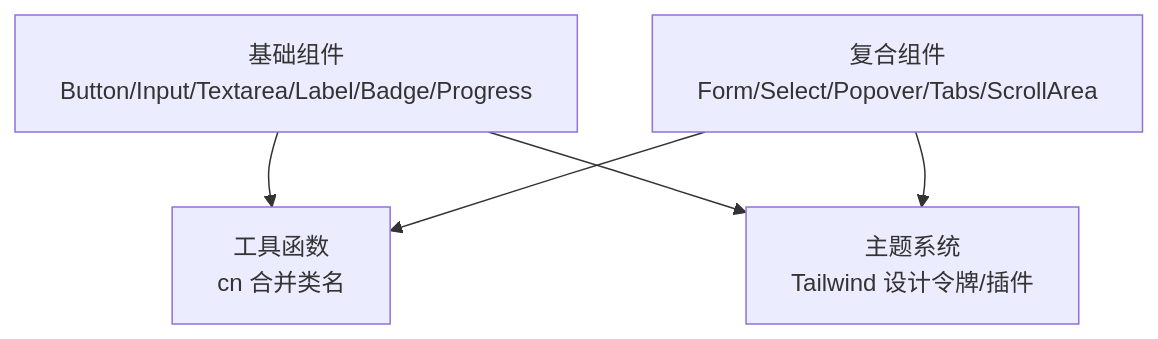
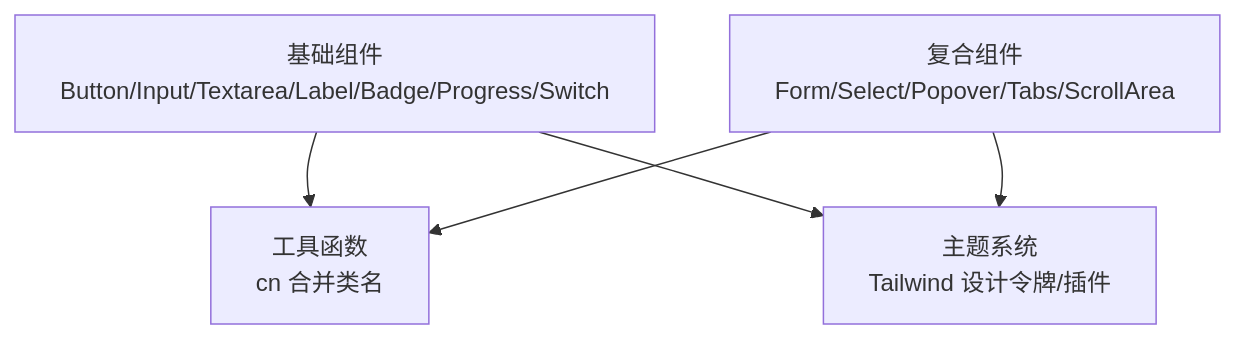
The second of 10 diagrams in .qoder/repowiki/zh/content/UI组件系统/UI组件系统.md (RadiumAg/bilibili-favorites), drawn with Mermaid before and after one commit. The commit also changed other lines of this file and 10 other files, not shown here.

````diff
--- a/.qoder/repowiki/zh/content/UI组件系统/UI组件系统.md
+++ b/.qoder/repowiki/zh/content/UI组件系统/UI组件系统.md
@@ -255,11 +286,11 @@
 ```mermaid
 graph TB
-Base["基础组件<br/>Button/Input/Textarea/Label/Badge/Progress"]
+Base["基础组件<br/>Button/Input/Textarea/Label/Badge/Progress/Switch"]
 Composite["复合组件<br/>Form/Select/Popover/Tabs/ScrollArea"]
 Util["工具函数<br/>cn 合并类名"]
 Theme["主题系统<br/>Tailwind 设计令牌/插件"]
 Base --> Util
 Composite --> Util
 Base --> Theme
 Composite --> Theme
 ```
````
